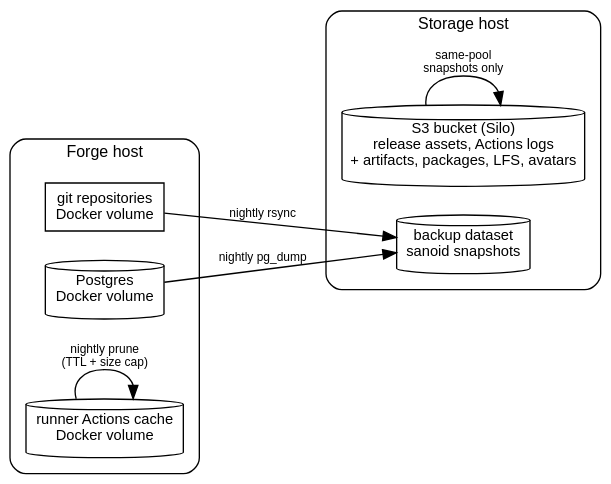
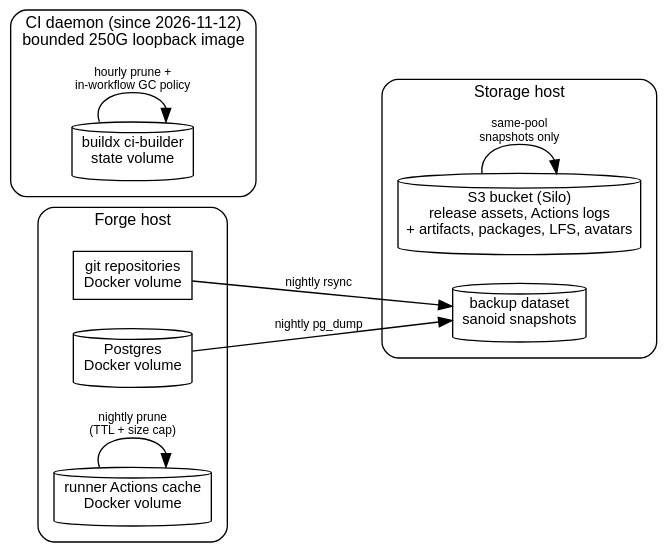
One commit to erfianugrah/lexicanum changed the first of 2 diagrams in src/content/docs/reference/forgejo-storage-backups-cache.mdx. Above: the diagram before and after it, drawn with Graphviz. The commit also changed other lines of this file and 3 other files, not shown here.

````diff
--- a/src/content/docs/reference/forgejo-storage-backups-cache.mdx
+++ b/src/content/docs/reference/forgejo-storage-backups-cache.mdx
@@ -30,25 +36,30 @@
 ```dot
 digraph {
   rankdir=LR; bgcolor="transparent"; nodesep=0.3; ranksep=0.7;
   fontname="Helvetica,Arial,sans-serif";
   node [fontname="Helvetica,Arial,sans-serif", fontsize=11, shape=box];
   edge [fontname="Helvetica,Arial,sans-serif", fontsize=9];
 
   subgraph cluster_forge {
     label="Forge host"; style=rounded; fontsize=12; margin=12;
     repos [label="git repositories\nDocker volume"];
     pg [label="Postgres\nDocker volume", shape=cylinder];
     runnercache [label="runner Actions cache\nDocker volume", shape=cylinder];
   }
+  subgraph cluster_ci {
+    label="CI daemon (since 2026-11-12)\nbounded 250G loopback image"; style=rounded; fontsize=12; margin=12;
+    buildx [label="buildx ci-builder\nstate volume", shape=cylinder];
+  }
   subgraph cluster_storage {
     label="Storage host"; style=rounded; fontsize=12; margin=12;
     bucket [label="S3 bucket (Silo)\nrelease assets, Actions logs\n+ artifacts, packages, LFS, avatars", shape=cylinder];
     backupds [label="backup dataset\nsanoid snapshots", shape=cylinder];
   }
 
   repos -> backupds [label="nightly rsync"];
   pg -> backupds [label="nightly pg_dump"];
   runnercache -> runnercache [label="nightly prune\n(TTL + size cap)"];
+  buildx -> buildx [label="hourly prune +\nin-workflow GC policy"];
   bucket -> bucket [label="same-pool\nsnapshots only"];
 }
 ```
````
